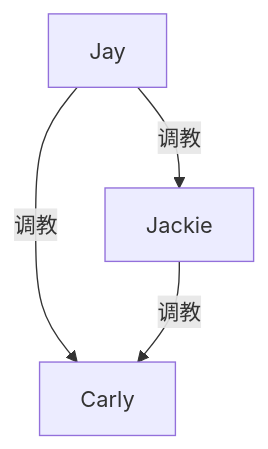
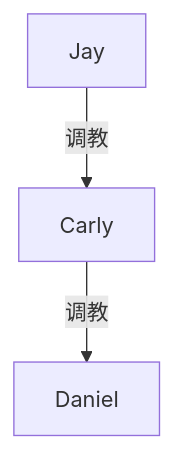
Before and after one commit to victor-w-ma/victor-w-ma.github.io: the diagram in _posts/ideas/carly-asian-ex-reunion-plan.md, drawn with Mermaid. The commit also changed other lines of this file, not shown here.

Commit message:
Rework reunion: Jay absent, Daniel ignores Yilin, Carly tops him on Jay's order

````diff
--- a/_posts/ideas/carly-asian-ex-reunion-plan.md
+++ b/_posts/ideas/carly-asian-ex-reunion-plan.md
@@ -140,10 +149,9 @@
 ```mermaid
 graph TD
  jay["Jay"]
- jackie["Jackie"]
  carly["Carly"]
+ daniel["Daniel"]
 
- jay -->|调教| jackie
  jay -->|调教| carly
- jackie -->|调教| carly
+ carly -->|调教| daniel
 ```
````
